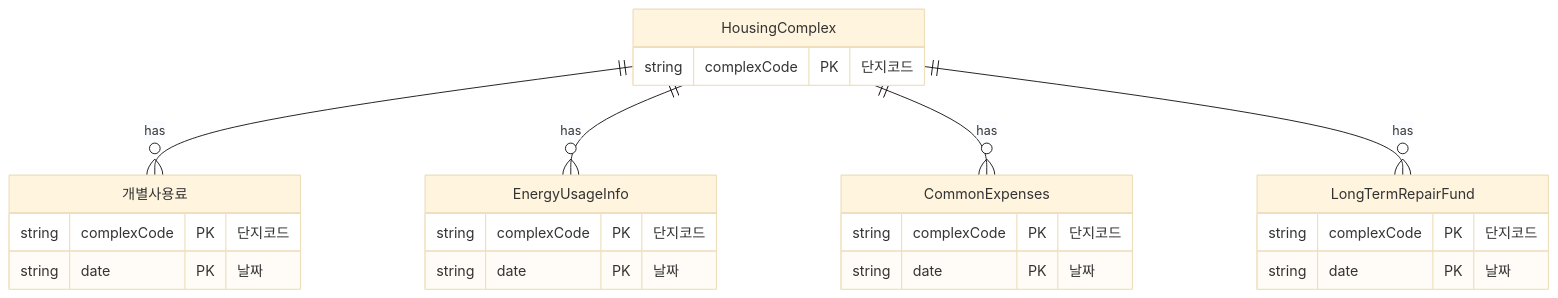
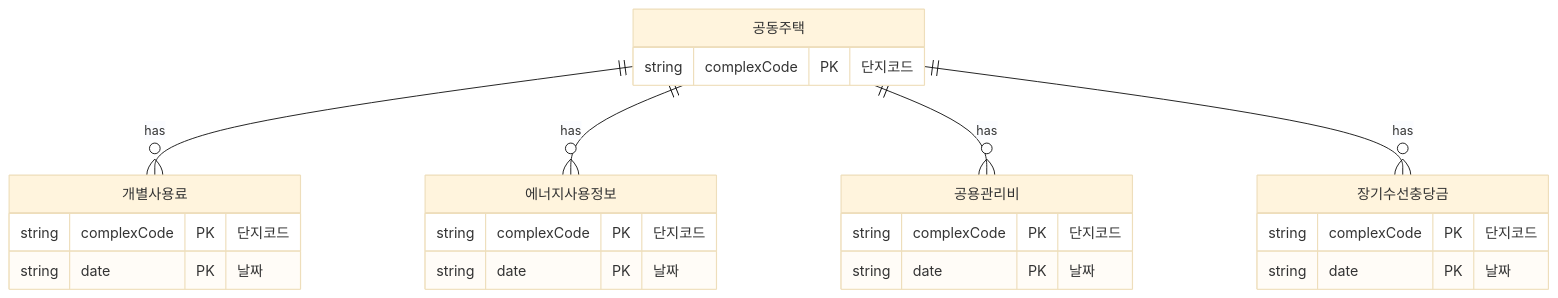
One commit to cheolwo/API-Service-for-Apartment-Houses-in-Korea changed the second of 2 diagrams in README.md. Above: the diagram before and after it, drawn with Mermaid (base theme).

````diff
--- a/README.md
+++ b/README.md
@@ -76,28 +76,28 @@
 ```mermaid
 erDiagram
-    HousingComplex ||--o{ "개별사용료" : has
-    HousingComplex ||--o{ EnergyUsageInfo : has
-    HousingComplex ||--o{ CommonExpenses : has
-    HousingComplex ||--o{ LongTermRepairFund : has
+    "공동주택" ||--o{ "개별사용료" : has
+    "공동주택" ||--o{ "에너지사용정보" : has
+    "공동주택" ||--o{ "공용관리비" : has
+    "공동주택" ||--o{ "장기수선충당금" : has
 
     "개별사용료" {
         string complexCode PK "단지코드"
         string date PK "날짜"
     }
-    EnergyUsageInfo {
+    "에너지사용정보" {
         string complexCode PK "단지코드"
         string date PK "날짜"
     }
-    CommonExpenses {
+    "공용관리비" {
         string complexCode PK "단지코드"
         string date PK "날짜"
     }
-    LongTermRepairFund {
+    "장기수선충당금" {
         string complexCode PK "단지코드"
         string date PK "날짜"
     }
-    HousingComplex {
+    "공동주택" {
         string complexCode PK "단지코드"
     }
 
 ```
````
